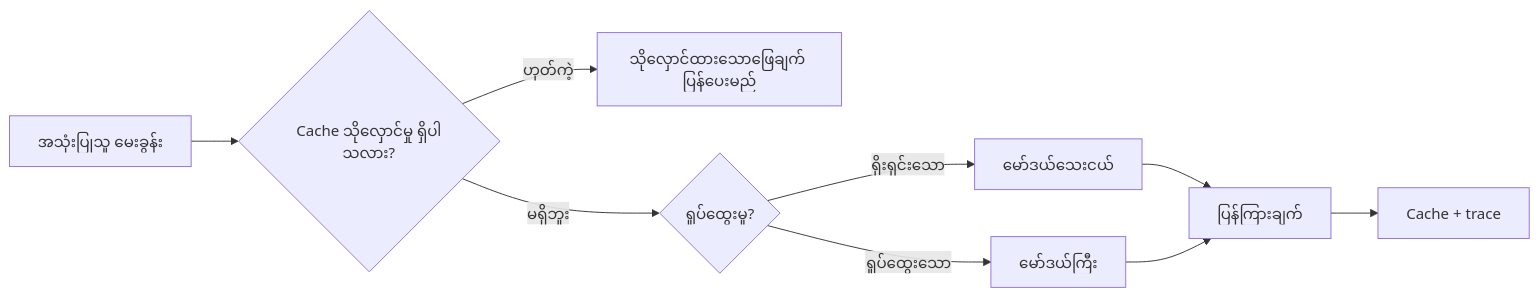
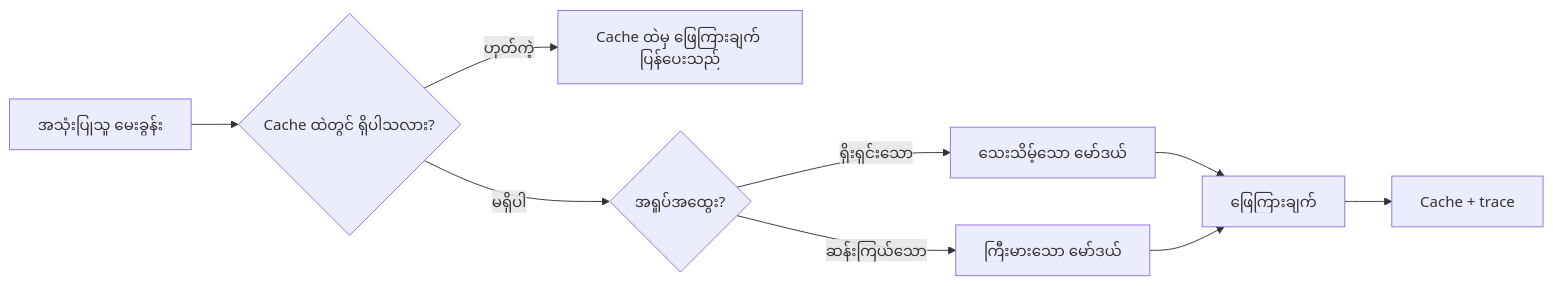
The third of 4 diagrams in mirrors/repos/microsoft@ai-agents-for-beginners/translations/my/16-deploying-scalable-agents/README.md (gabrielmoreira/agent-skills-mirror), drawn with Mermaid before and after one commit. The commit also changed other lines of this file and 3581 other files, not shown here.

````diff
--- a/mirrors/repos/microsoft@ai-agents-for-beginners/translations/my/16-deploying-scalable-agents/README.md
+++ b/mirrors/repos/microsoft@ai-agents-for-beginners/translations/my/16-deploying-scalable-agents/README.md
@@ -134,11 +134,11 @@
 ```mermaid
 flowchart LR
-    Q[အသုံးပြုသူ မေးခွန်း] --> C{Cache သိုလှောင်မှု ရှိပါသလား?}
-    C -->|ဟုတ်ကဲ့| R[သိုလှောင်ထားသောဖြေချက် ပြန်ပေးမည်]
-    C -->|မရှိဘူး| Router{ရှုပ်ထွေးမှု?}
-    Router -->|ရိုးရှင်းသော| SLM[မော်ဒယ်သေးငယ်]
-    Router -->|ရှုပ်ထွေးသော| LLM[မော်ဒယ်ကြီး]
-    SLM --> Out[ပြန်ကြားချက်]
+    Q[အသုံးပြုသူ မေးခွန်း] --> C{Cache ထဲတွင် ရှိပါသလား?}
+    C -->|ဟုတ်ကဲ့| R[Cache ထဲမှ ဖြေကြားချက် ပြန်ပေးသည်]
+    C -->|မရှိပါ| Router{အရှုပ်အထွေး?}
+    Router -->|ရိုးရှင်းသော| SLM[သေးသိမ့်သော မော်ဒယ်]
+    Router -->|ဆန်းကြယ်သော| LLM[ကြီးမားသော မော်ဒယ်]
+    SLM --> Out[ဖြေကြားချက်]
     LLM --> Out
     Out --> Store[Cache + trace]
 ```
````
